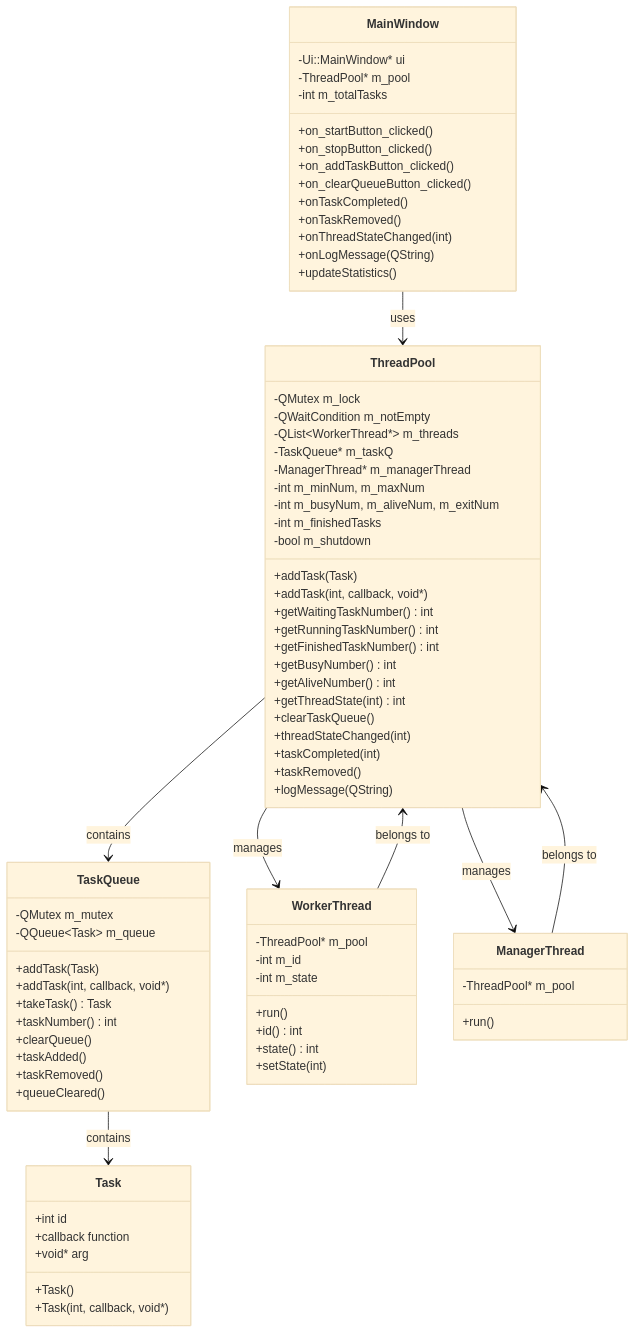
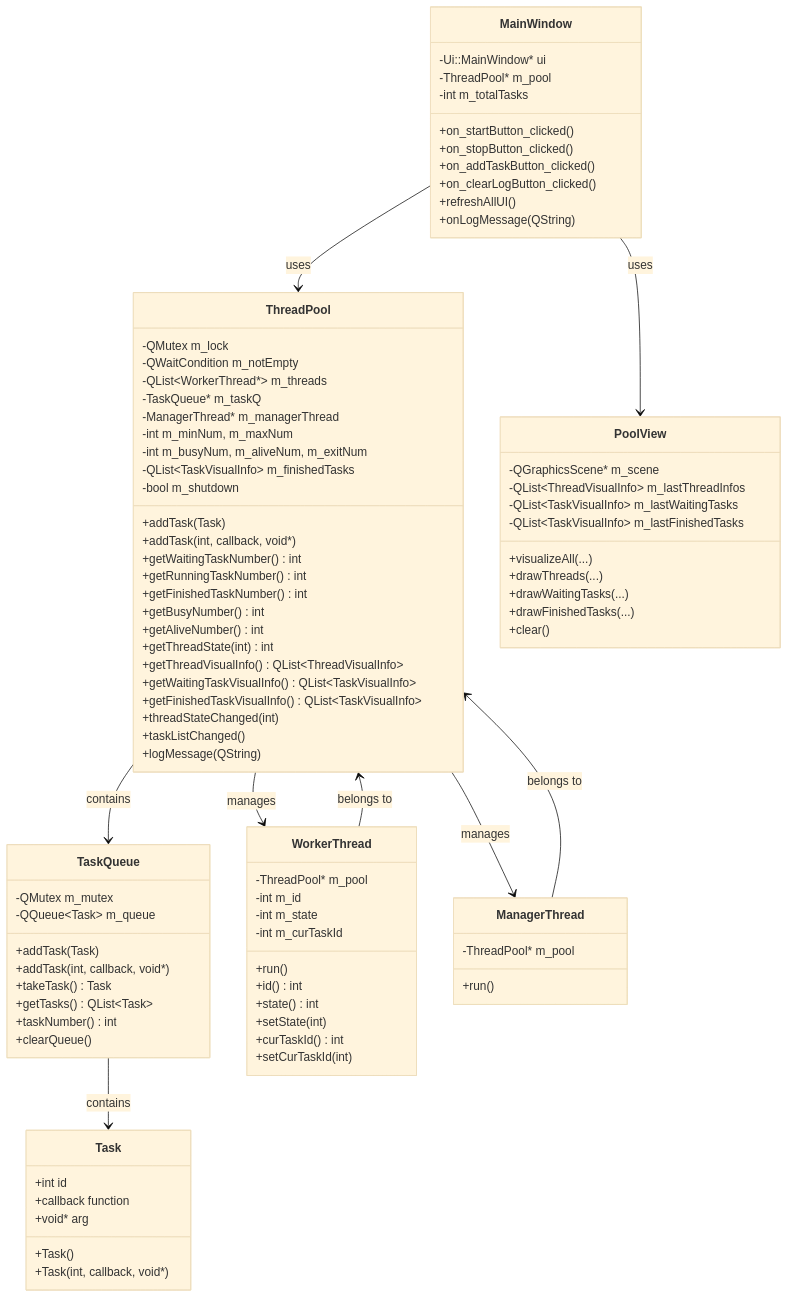
One commit to HuJingwen1211/QT-ThreadPool changed the first of 5 diagrams in README.md. Above: the diagram before and after it, drawn with Mermaid (base theme). The commit also changed other lines of this file and 3 other files, not shown here.

```diff
--- a/README.md
+++ b/README.md
@@ -48,12 +49,9 @@
         +on_startButton_clicked()
         +on_stopButton_clicked()
         +on_addTaskButton_clicked()
-        +on_clearQueueButton_clicked()
-        +onTaskCompleted()
-        +onTaskRemoved()
-        +onThreadStateChanged(int)
+        +on_clearLogButton_clicked()
+        +refreshAllUI()
         +onLogMessage(QString)
-        +updateStatistics()
     }
 
     class ThreadPool {
@@ -64,7 +62,7 @@
         -ManagerThread* m_managerThread
         -int m_minNum, m_maxNum
         -int m_busyNum, m_aliveNum, m_exitNum
-        -int m_finishedTasks
+        -QList~TaskVisualInfo~ m_finishedTasks
         -bool m_shutdown
         +addTask(Task)
         +addTask(int, callback, void*)
@@ -74,10 +72,11 @@
         +getBusyNumber() int
         +getAliveNumber() int
         +getThreadState(int) int
-        +clearTaskQueue()
+        +getThreadVisualInfo() QList~ThreadVisualInfo~
+        +getWaitingTaskVisualInfo() QList~TaskVisualInfo~
+        +getFinishedTaskVisualInfo() QList~TaskVisualInfo~
         +threadStateChanged(int)
-        +taskCompleted(int)
-        +taskRemoved()
+        +taskListChanged()
         +logMessage(QString)
     }
 
@@ -87,21 +86,22 @@
         +addTask(Task)
         +addTask(int, callback, void*)
         +takeTask() Task
+        +getTasks() QList~Task~
         +taskNumber() int
         +clearQueue()
-        +taskAdded()
-        +taskRemoved()
-        +queueCleared()
     }
 
     class WorkerThread {
         -ThreadPool* m_pool
         -int m_id
         -int m_state
+        -int m_curTaskId
         +run()
         +id() int
         +state() int
         +setState(int)
+        +curTaskId() int
+        +setCurTaskId(int)
     }
 
     class ManagerThread {
@@ -117,7 +117,20 @@
         +Task(int, callback, void*)
     }
 
+    class PoolView {
+        -QGraphicsScene* m_scene
+        -QList~ThreadVisualInfo~ m_lastThreadInfos
+        -QList~TaskVisualInfo~ m_lastWaitingTasks
+        -QList~TaskVisualInfo~ m_lastFinishedTasks
+        +visualizeAll(...)
+        +drawThreads(...)
+        +drawWaitingTasks(...)
+        +drawFinishedTasks(...)
+        +clear()
+    }
+
     MainWindow --> ThreadPool : uses
+    MainWindow --> PoolView : uses
     ThreadPool --> TaskQueue : contains
     ThreadPool --> WorkerThread : manages
     ThreadPool --> ManagerThread : manages
```
